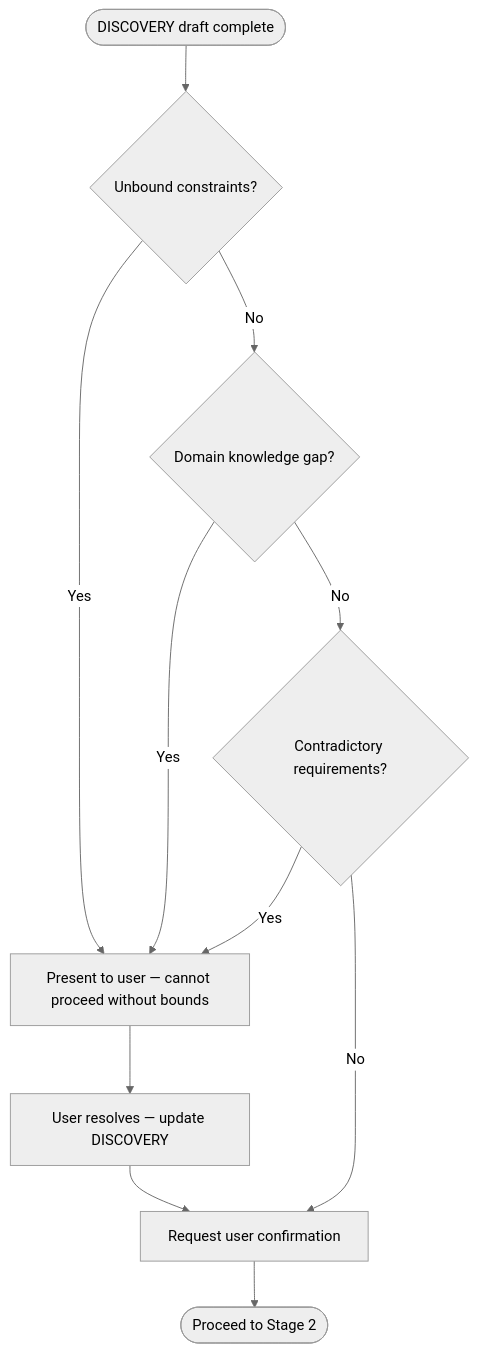
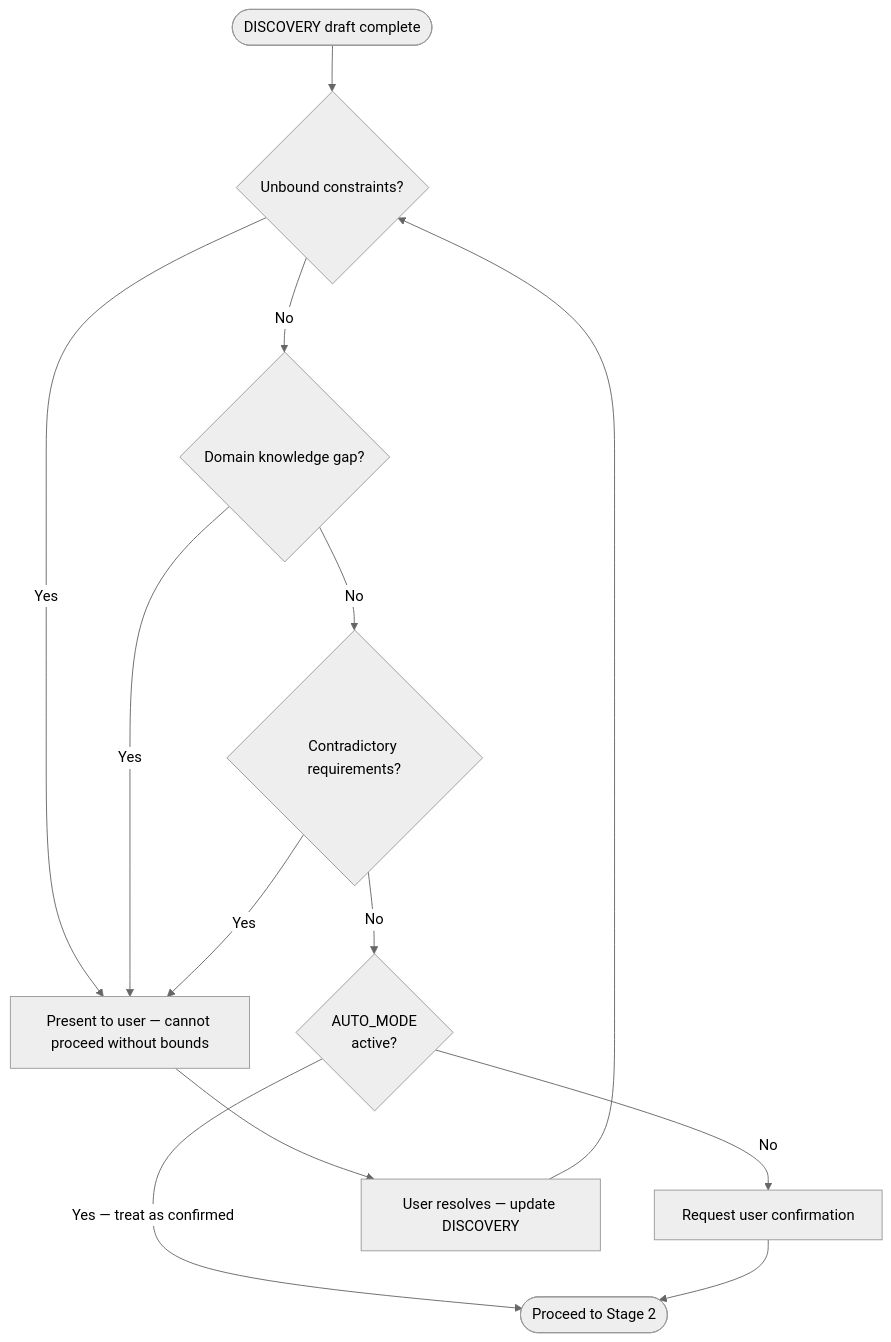
The second of 2 diagrams in plugins/development-harness/skills/discovery/SKILL.md (chgreer1070/claude_skills), drawn with Mermaid (neutral theme) before and after one commit. The commit also changed other lines of this file and 9 other files, not shown here.

````diff
--- a/plugins/development-harness/skills/discovery/SKILL.md
+++ b/plugins/development-harness/skills/discovery/SKILL.md
@@ -154,13 +156,15 @@
 ```mermaid
 flowchart TD
     Draft([DISCOVERY draft complete]) --> Q1{Unbound constraints?}
     Q1 -->|Yes| Escalate[Present to user — cannot proceed without bounds]
     Q1 -->|No| Q2{Domain knowledge gap?}
     Q2 -->|Yes| Escalate
     Q2 -->|No| Q3{Contradictory requirements?}
     Q3 -->|Yes| Escalate
-    Q3 -->|No| Confirm[Request user confirmation]
-    Confirm --> Done([Proceed to Stage 2])
+    Q3 -->|No| AutoCheck{AUTO_MODE<br>active?}
+    AutoCheck -->|Yes — treat as confirmed| Done([Proceed to Stage 2])
+    AutoCheck -->|No| Confirm[Request user confirmation]
+    Confirm --> Done
     Escalate --> Resolve[User resolves — update DISCOVERY]
-    Resolve --> Confirm
+    Resolve --> Q1
 ```
````
